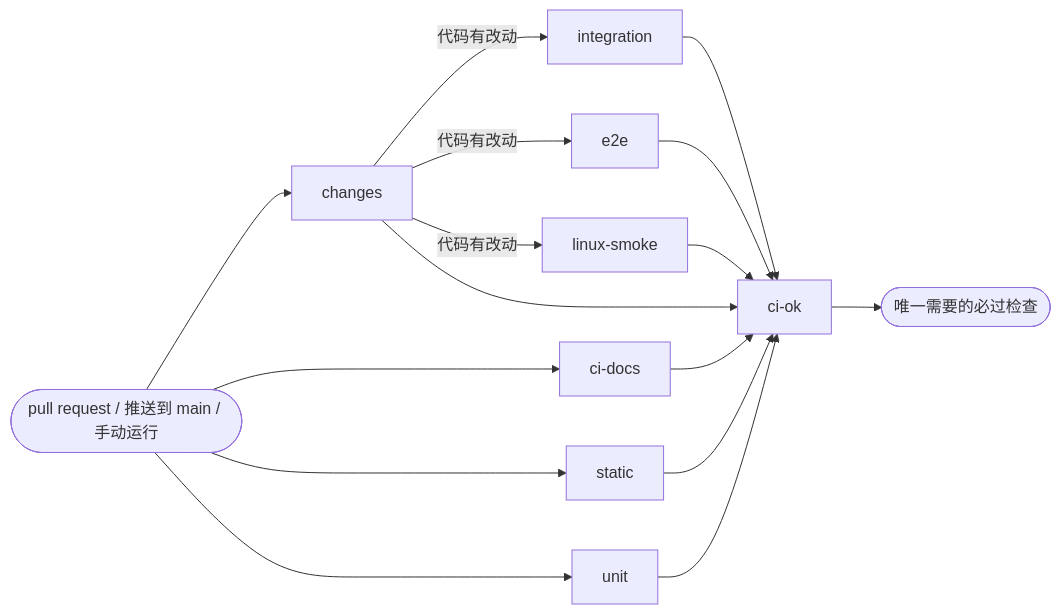
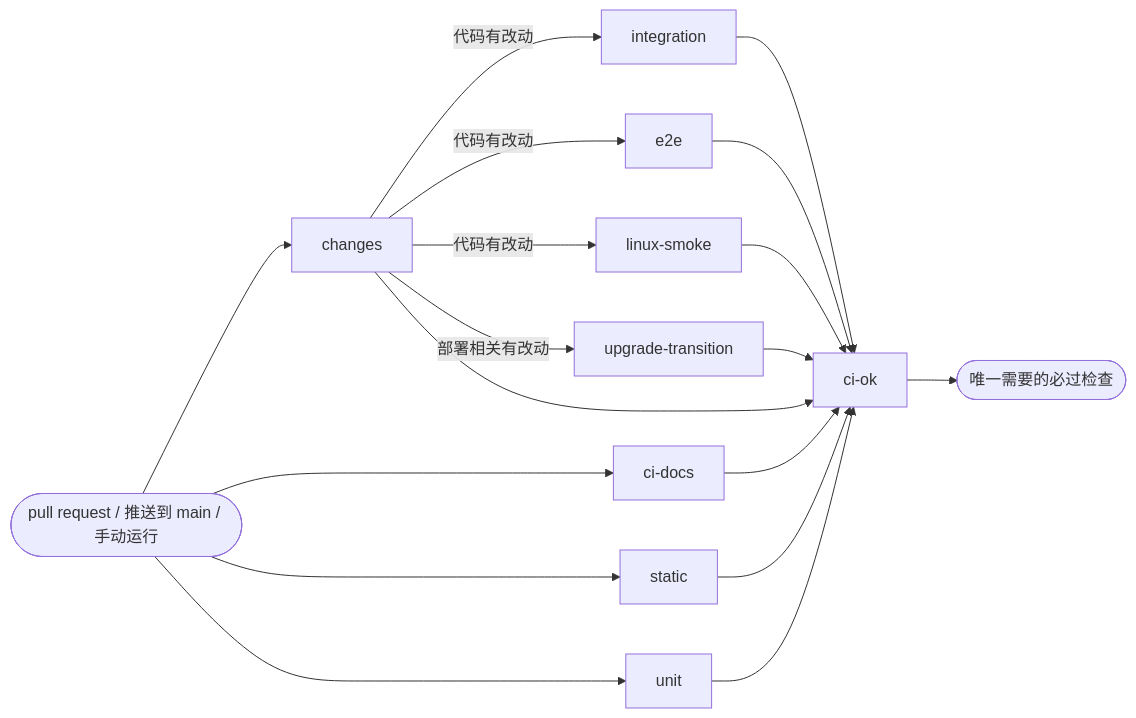
The diagram in docs/ci.zh.md (Joevonlong/job-radar), drawn with Mermaid before and after one commit. The commit also changed other lines of this file and 51 other files, not shown here.

````diff
--- a/docs/ci.zh.md
+++ b/docs/ci.zh.md
@@ -13,18 +13,20 @@
 ```mermaid
 flowchart LR
   PR([pull request / 推送到 main / 手动运行]) --> changes
   PR --> ci-docs
   PR --> static
   PR --> unit
   changes -- 代码有改动 --> integration
   changes -- 代码有改动 --> e2e
   changes -- 代码有改动 --> linux-smoke
+  changes -- 部署相关有改动 --> upgrade-transition
   changes --> ci-ok
   ci-docs --> ci-ok
   static --> ci-ok
   unit --> ci-ok
   integration --> ci-ok
   e2e --> ci-ok
   linux-smoke --> ci-ok
+  upgrade-transition --> ci-ok
   ci-ok --> merge([唯一需要的必过检查])
 ```
````
